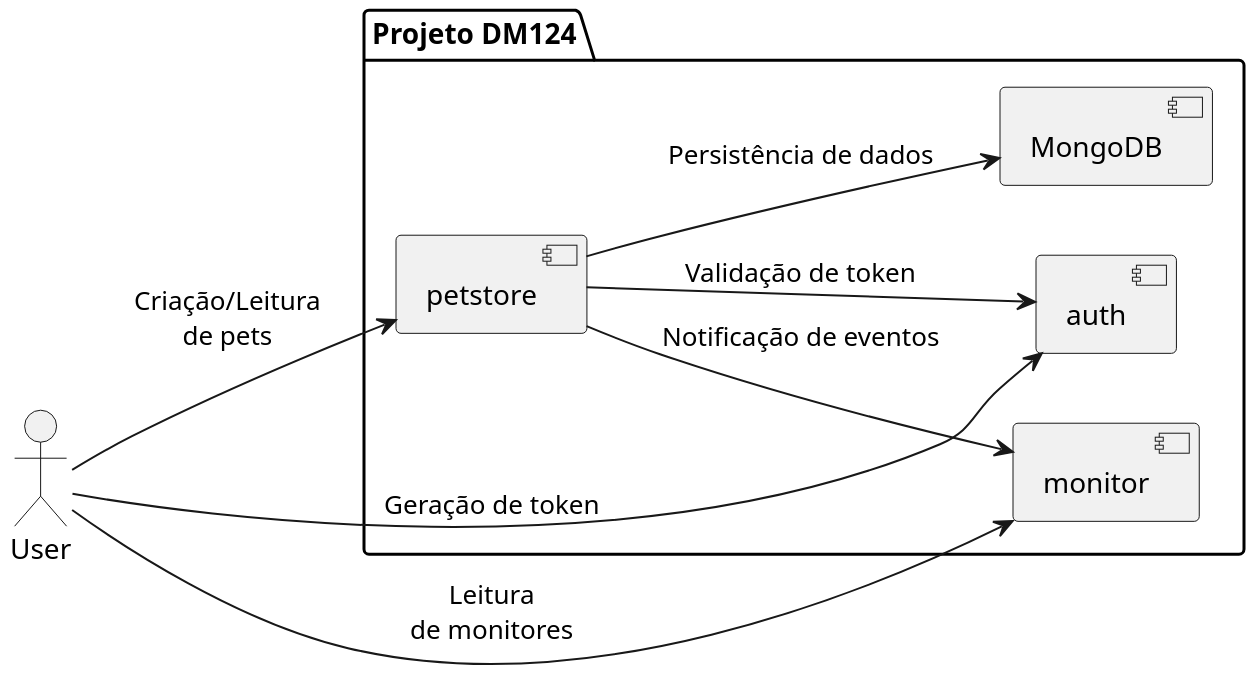
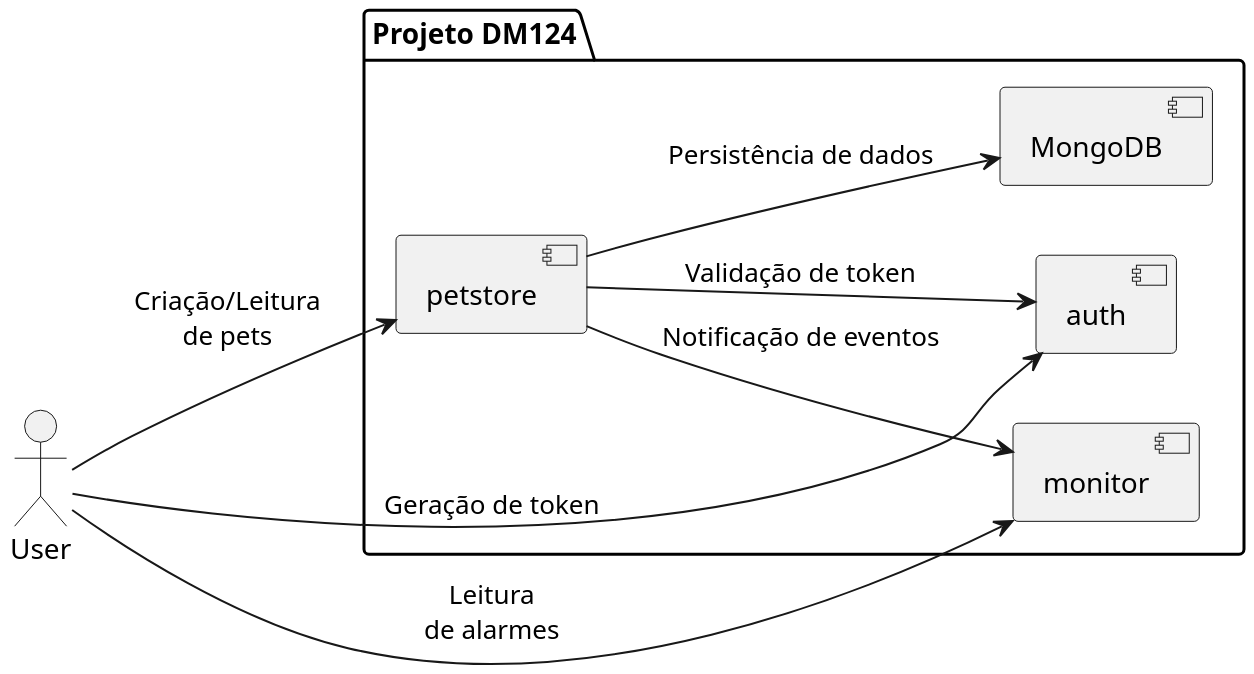
The diagram in docs/diagram/deployment.puml (adautomendes/DM124-ProjetoReferencia), drawn with PlantUML before and after one commit. The commit also changed 1 other file, not shown here.

Commit message:
Atualizando diagrama

```diff
--- a/docs/diagram/deployment.puml
+++ b/docs/diagram/deployment.puml
@@ -1,20 +1,20 @@
 @startuml
 scale 2
 left to right direction
 
 actor User
 package "Projeto DM124" {
   [auth] as auth
   [petstore] as petstore
   [monitor] as monitor
   [MongoDB] as db
 }
 
 User --> auth : Geração de token
 User --> petstore : Criação/Leitura\nde pets
-User --> monitor : Leitura\nde monitores
+User --> monitor : Leitura\nde alarmes
 petstore --> db : Persistência de dados
 petstore --> monitor : Notificação de eventos
 petstore --> auth : Validação de token
 
 @enduml
```
